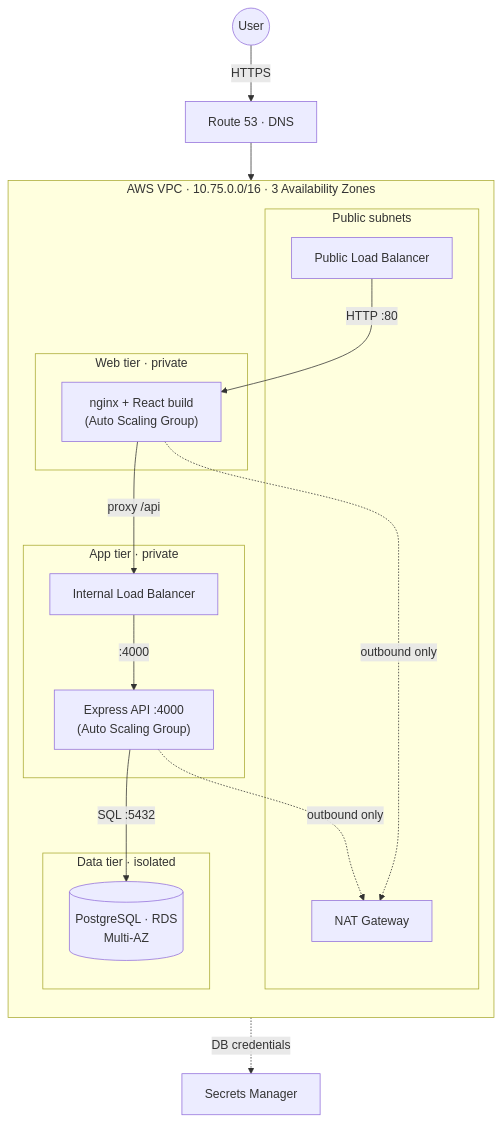
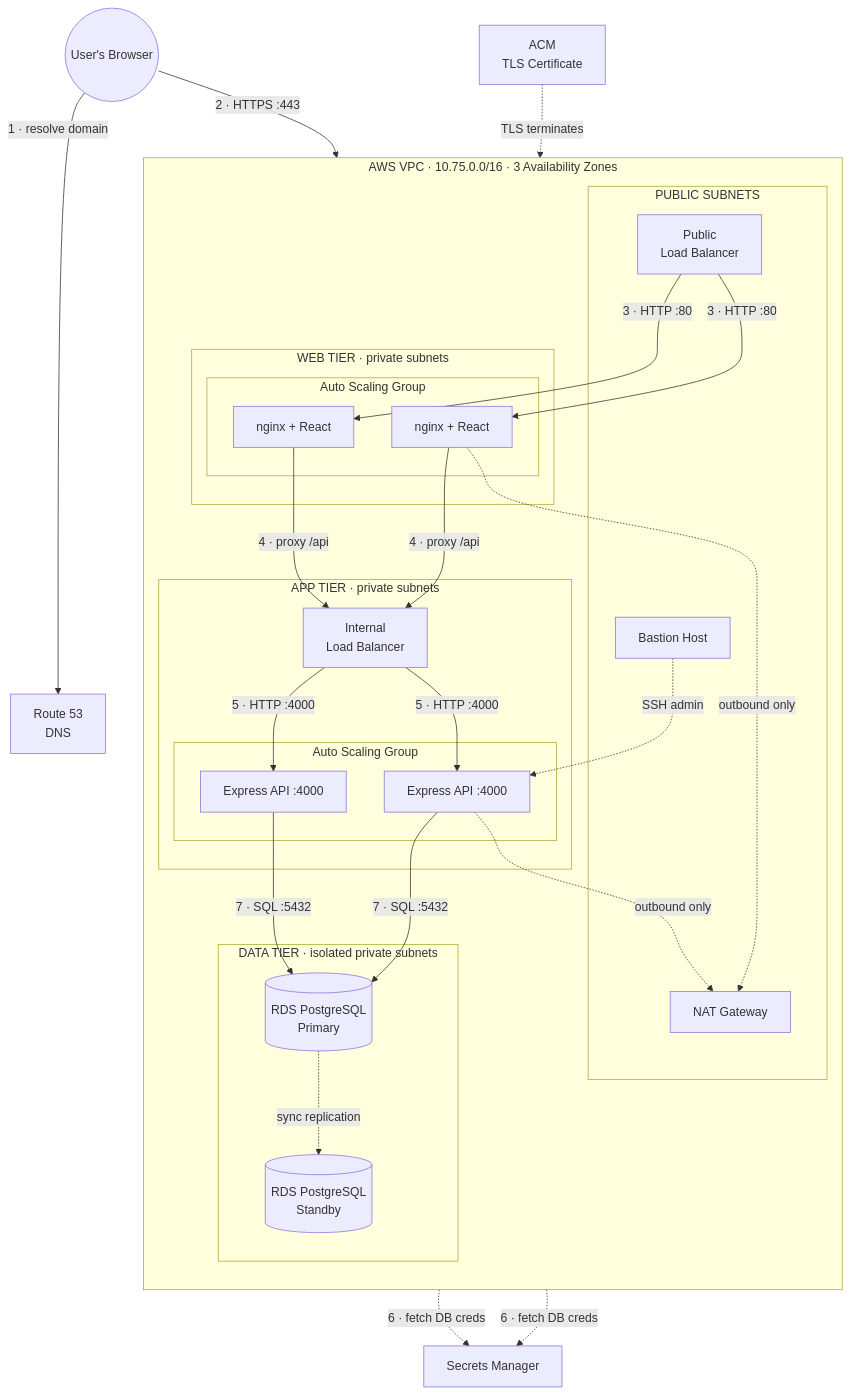
Before and after one commit to Jaswanth-006/TeamOps: the first of 9 diagrams in README.md, drawn with Mermaid. The commit also changed other lines of this file, not shown here.

````diff
--- a/README.md
+++ b/README.md
@@ -32,33 +102,57 @@
 ```mermaid
 graph TD
-    User(("User"))
-    R53["Route 53 · DNS"]
-    User -->|HTTPS| R53 --> PubALB
+    User(("User's Browser"))
+    R53["Route 53<br/>DNS"]
+    ACM["ACM<br/>TLS Certificate"]
+
+    User -->|"1 · resolve domain"| R53
+    User -->|"2 · HTTPS :443"| PubALB
 
     subgraph VPC["AWS VPC · 10.75.0.0/16 · 3 Availability Zones"]
         direction TB
-        subgraph PUB["Public subnets"]
-            PubALB["Public Load Balancer"]
+
+        subgraph PUB["PUBLIC SUBNETS"]
+            PubALB["Public<br/>Load Balancer"]
+            Bastion["Bastion Host"]
             NAT["NAT Gateway"]
         end
-        subgraph WEB["Web tier · private"]
-            W["nginx + React build<br/>(Auto Scaling Group)"]
+
+        subgraph WEB["WEB TIER · private subnets"]
+            subgraph ASGW["Auto Scaling Group"]
+                W1["nginx + React"]
+                W2["nginx + React"]
+            end
         end
-        subgraph APP["App tier · private"]
-            IntALB["Internal Load Balancer"]
-            A["Express API :4000<br/>(Auto Scaling Group)"]
+
+        subgraph APP["APP TIER · private subnets"]
+            IntALB["Internal<br/>Load Balancer"]
+            subgraph ASGA["Auto Scaling Group"]
+                A1["Express API :4000"]
+                A2["Express API :4000"]
+            end
         end
-        subgraph DATA["Data tier · isolated"]
-            DB[("PostgreSQL · RDS<br/>Multi-AZ")]
+
+        subgraph DATA["DATA TIER · isolated private subnets"]
+            DBP[("RDS PostgreSQL<br/>Primary")]
+            DBS[("RDS PostgreSQL<br/>Standby")]
         end
     end
+
     SM["Secrets Manager"]
 
-    PubALB -->|HTTP :80| W
-    W -->|proxy /api| IntALB
-    IntALB -->|:4000| A
-    A -.->|DB credentials| SM
-    A -->|SQL :5432| DB
-    W -.->|outbound only| NAT
-    A -.->|outbound only| NAT
+    ACM -.->|"TLS terminates"| PubALB
+    PubALB -->|"3 · HTTP :80"| W1
+    PubALB -->|"3 · HTTP :80"| W2
+    W1 -->|"4 · proxy /api"| IntALB
+    W2 -->|"4 · proxy /api"| IntALB
+    IntALB -->|"5 · HTTP :4000"| A1
+    IntALB -->|"5 · HTTP :4000"| A2
+    A1 -.->|"6 · fetch DB creds"| SM
+    A2 -.->|"6 · fetch DB creds"| SM
+    A1 -->|"7 · SQL :5432"| DBP
+    A2 -->|"7 · SQL :5432"| DBP
+    DBP -.->|"sync replication"| DBS
+    W1 -.->|"outbound only"| NAT
+    A1 -.->|"outbound only"| NAT
+    Bastion -.->|"SSH admin"| A1
 ```
````
